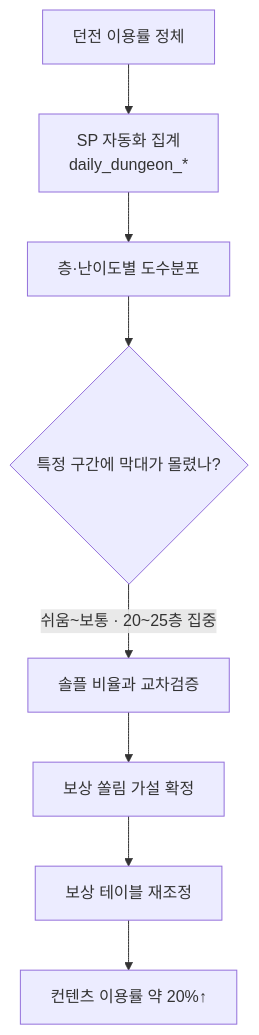
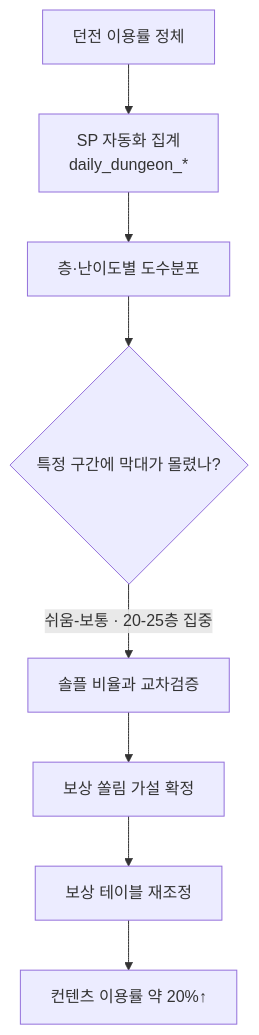
The first of 3 diagrams in content/blog/frequency-distribution-game-balance-diagnosis.md (DBhyeong/DBhyeong.github.io), drawn with Mermaid before and after one commit. The commit also changed other lines of this file and 6 other files, not shown here.

First line of the commit message:
fix(mermaid): 라벨 내 물결 2개가 취소선으로 파싱되는 버그 수정

````diff
--- a/content/blog/frequency-distribution-game-balance-diagnosis.md
+++ b/content/blog/frequency-distribution-game-balance-diagnosis.md
@@ -12,10 +12,10 @@
 ```mermaid
 flowchart TD
   A["던전 이용률 정체"] --> B["SP 자동화 집계<br/>daily_dungeon_*"]
   B --> C["층·난이도별 도수분포"]
   C --> D{"특정 구간에 막대가 몰렸나?"}
-  D -->|"쉬움~보통 · 20~25층 집중"| E["솔플 비율과 교차검증"]
+  D -->|"쉬움-보통 · 20-25층 집중"| E["솔플 비율과 교차검증"]
   E --> F["보상 쏠림 가설 확정"]
   F --> G["보상 테이블 재조정"]
   G --> H["컨텐츠 이용률 약 20%↑"]
 ```
````
